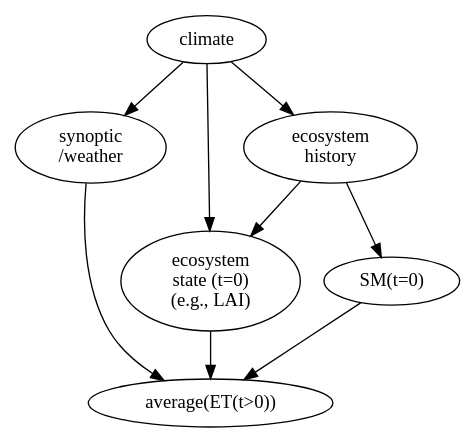
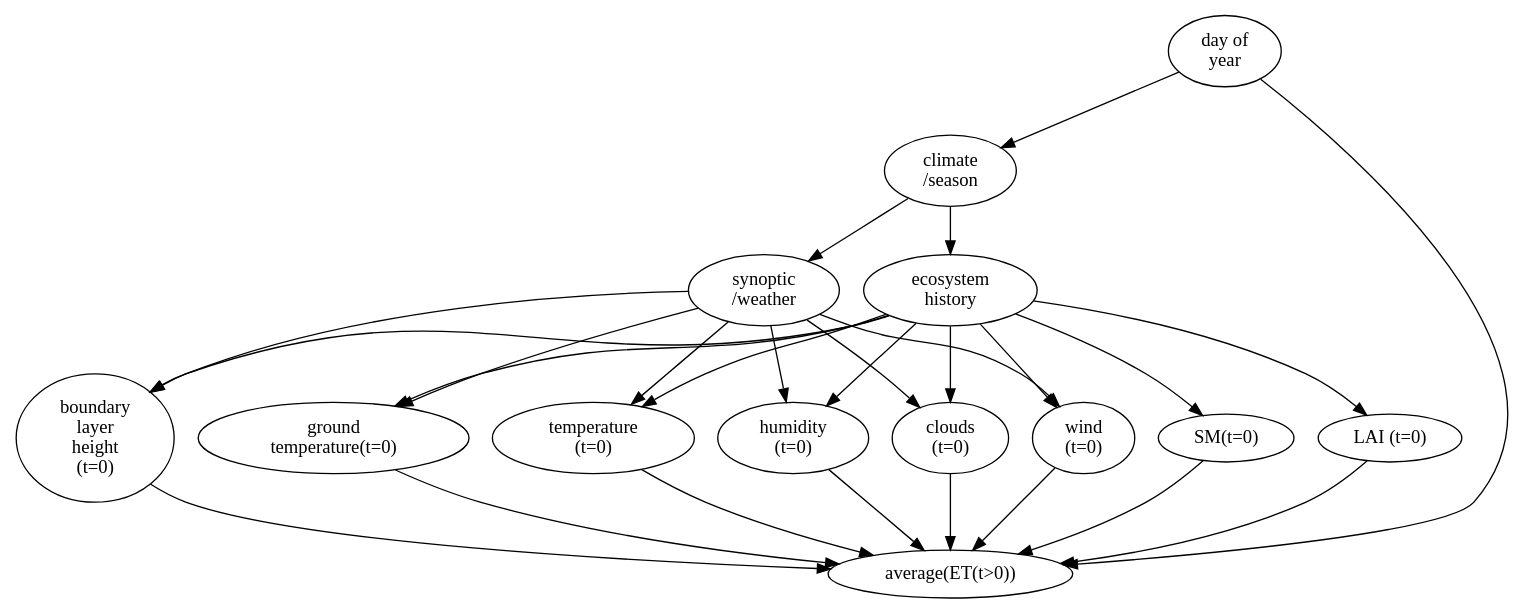
One commit to massma/land-atmosphere changed the diagram in figs/graph.dot. Above: the diagram before and after it, drawn with Graphviz. The commit also changed 1 other file, not shown here.

Commit message:
removing synoptic/ecosystem history seems like it would simplify the graph.
ALSO: does doy block all backdoor paths??? (It does in this graph...)

```diff
--- a/figs/graph.dot
+++ b/figs/graph.dot
@@ -1,18 +1,51 @@
 digraph G {
 
-        climate[label="climate"];
+        climate[label="climate\n/season"];
         synoptic[label="synoptic\n/weather"];
         ecosystemHistory[label="ecosystem\nhistory"];
-        ecosystem0[label="ecosystem\nstate (t=0)\n(e.g., LAI)"];
-        sm0[label="SM(t=0)"];
+        LAI[label="LAI (t=0)"];
+        sm[label="SM(t=0)"];
 	et[label="average(ET(t>0))"];
+        groundTemperature[label="ground\ntemperature(t=0)"];
+        temperature[label="temperature\n(t=0)"];
+        humidity[label="humidity\n(t=0)"];
+        cloud[label="clouds\n(t=0)"];
+        wind[label="wind\n(t=0)"];
+        blheight[label="boundary\nlayer\nheight\n(t=0)"];
 
+        doy[label="day of\nyear"];
+
+        doy -> climate;
         climate -> ecosystemHistory;
-        climate -> ecosystem0;
         climate -> synoptic;
-        ecosystemHistory -> ecosystem0;
-        ecosystemHistory -> sm0;
-        synoptic -> et;
-        ecosystem0 -> et;
-        sm0 -> et;
+        synoptic -> temperature;
+        synoptic -> humidity;
+        synoptic -> cloud;
+        synoptic -> wind;
+        synoptic -> blheight;
+
+        synoptic -> groundTemperature;
+
+        ecosystemHistory -> temperature;
+        ecosystemHistory -> humidity;
+        ecosystemHistory -> cloud;
+        ecosystemHistory -> wind;
+        ecosystemHistory -> blheight;
+        ecosystemHistory -> groundTemperature;
+
+        ecosystemHistory -> LAI;
+        ecosystemHistory -> sm;
+
+        doy -> et;
+        temperature -> et;
+        humidity -> et;
+        cloud -> et;
+        wind -> et;
+        blheight -> et;
+
+        groundTemperature -> et;
+
+
+        LAI -> et;
+        sm -> et;
 }
```
